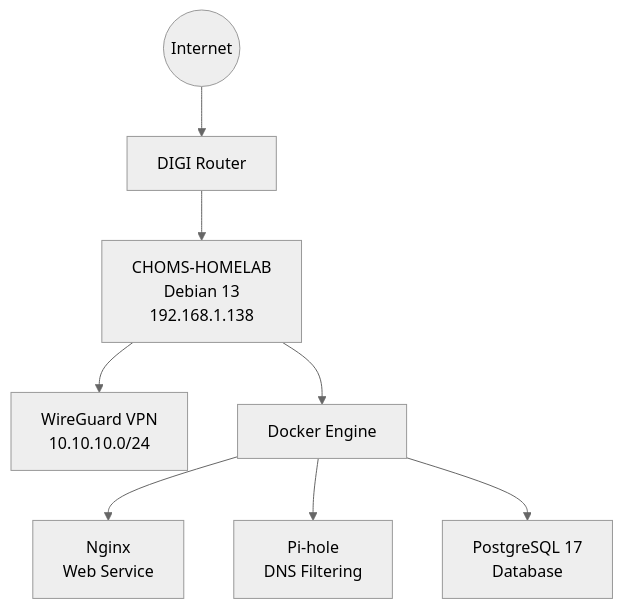
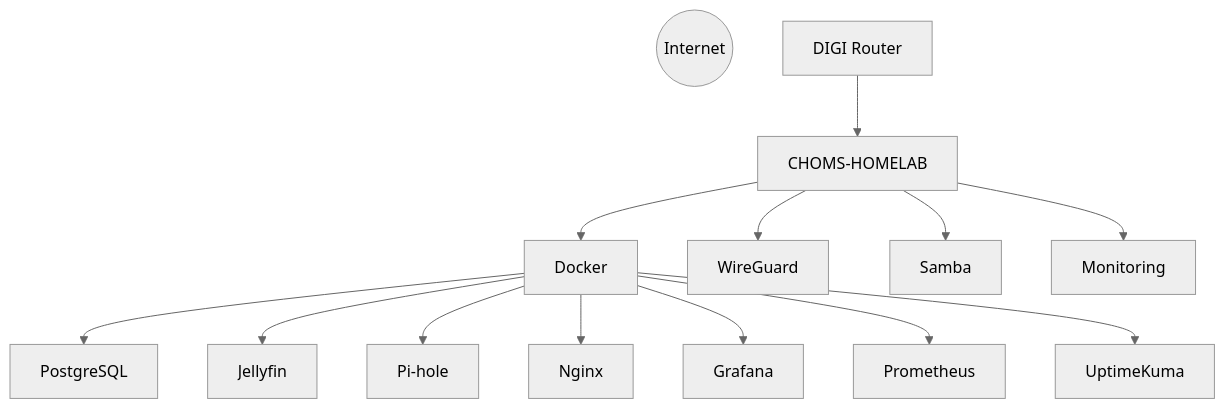
The diagram in README.md (ChomsMaster/CHOMS-HOMELAB), drawn with Mermaid (neutral theme) before and after one commit. The commit also changed other lines of this file and 1 other file, not shown here.

````diff
--- a/README.md
+++ b/README.md
@@ -21,20 +35,21 @@
 ```mermaid
 flowchart TD
-    Internet((Internet))
-    Router[DIGI Router]
-    Server[CHOMS-HOMELAB<br/>Debian 13<br/>192.168.1.138]
+Internet((Internet))
+Router[DIGI Router]
+Server[CHOMS-HOMELAB]
 
-    WG[WireGuard VPN<br/>10.10.10.0/24]
-    Docker[Docker Engine]
-    Nginx[Nginx<br/>Web Service]
-    Pihole[Pi-hole<br/>DNS Filtering]
-    Postgres[PostgreSQL 17<br/>Database]
+Router --> Server
 
-    Internet --> Router
-    Router --> Server
-    Server --> WG
-    Server --> Docker
-    Docker --> Nginx
-    Docker --> Pihole
-    Docker --> Postgres
+Server --> Docker
+Server --> WireGuard
+Server --> Samba
+Server --> Monitoring
+
+Docker --> PostgreSQL
+Docker --> Jellyfin
+Docker --> Pi-hole
+Docker --> Nginx
+Docker --> Grafana
+Docker --> Prometheus
+Docker --> UptimeKuma
 ```
````
